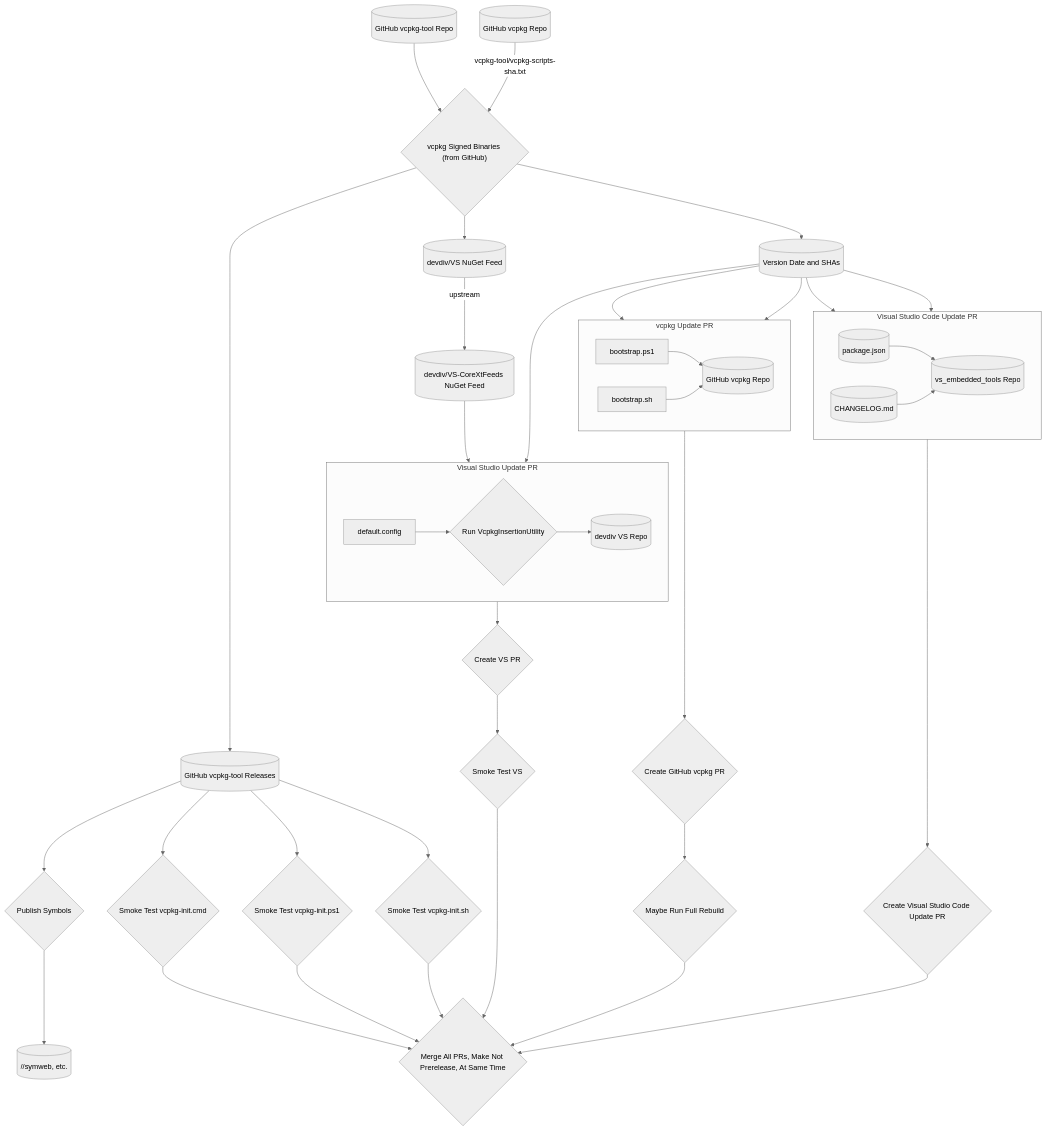
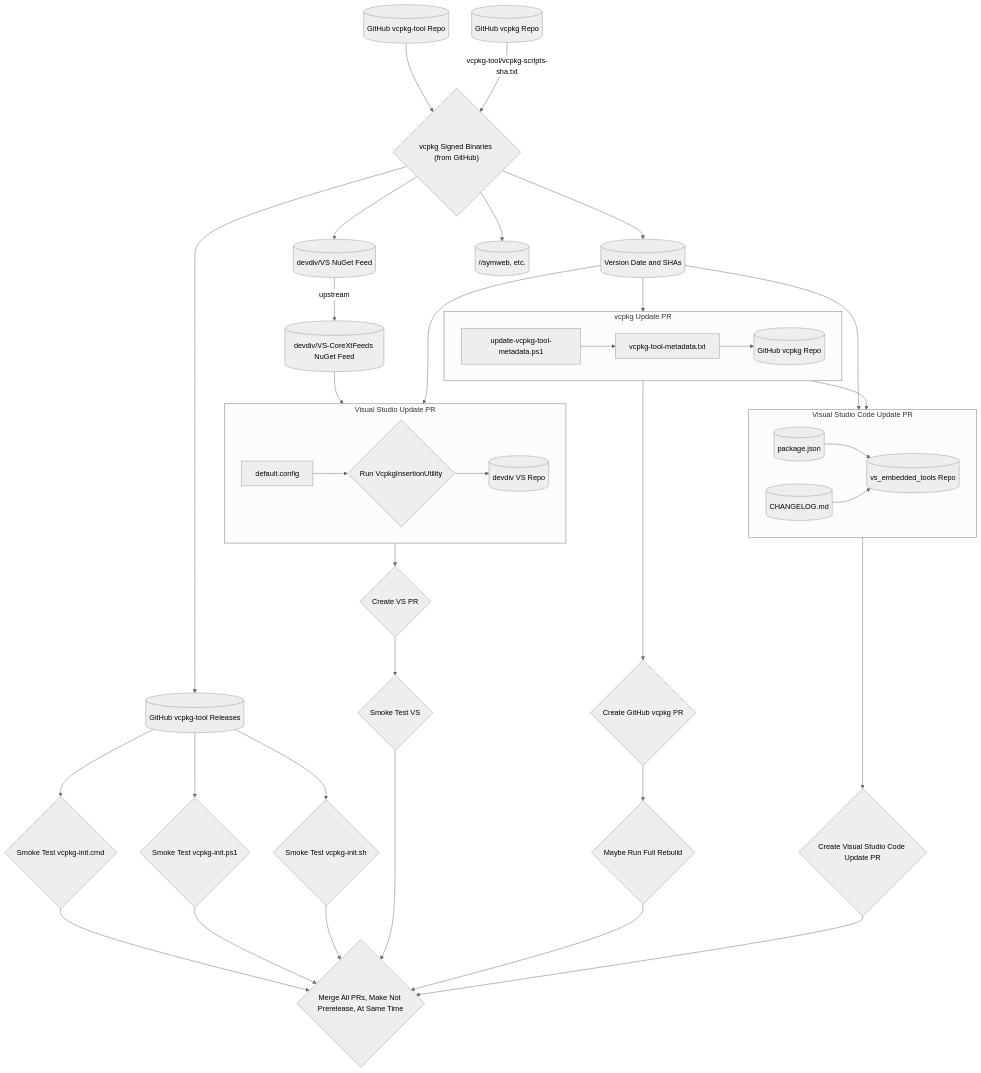
One commit to microsoft/vcpkg-tool changed the diagram in docs/vcpkg_tool_release_process.md. Above: the diagram before and after it, drawn with Mermaid (neutral theme). The commit also changed other lines of this file and 981 other files, not shown here.

```diff
--- a/docs/vcpkg_tool_release_process.md
+++ b/docs/vcpkg_tool_release_process.md
@@ -70,8 +58,8 @@
     vs_corext_feed[(devdiv/VS-CoreXtFeeds NuGet Feed)]
     subgraph vcpkg_update_pr [vcpkg Update PR]
         direction LR
-        bootstrap_ps1[bootstrap.ps1]
-        bootstrap_sh[bootstrap.sh]
+        update_vcpkg_tool_metadata_ps1[update-vcpkg-tool-metadata.ps1]
+        vcpkg_tool_metadata_txt[vcpkg-tool-metadata.txt]
         vcpkg_repo_target[(GitHub vcpkg Repo)]
     end
     create_vcpkg_pr{Create GitHub vcpkg PR}
@@ -96,7 +84,6 @@
         vs_embedded_tools_repo[(vs_embedded_tools Repo)]
     end
     create_vs_code_update_pr{Create Visual Studio Code Update PR}
-    publish_symbols{Publish Symbols}
     symweb[(//symweb, etc.)]
     
     %% Build the Release
@@ -104,14 +91,12 @@
     vcpkg_repo -- vcpkg-tool/vcpkg-scripts-sha.txt --> vcpkg_signed_binaries
     vcpkg_signed_binaries --> vcpkg_tool_releases
     vcpkg_signed_binaries --> release_version
-    vcpkg_tool_releases --> publish_symbols
-    publish_symbols --> symweb
+    vcpkg_signed_binaries --> symweb
     
     %% vcpkg Update
-    release_version --> bootstrap_ps1
-    release_version --> bootstrap_sh
-    bootstrap_ps1 --> vcpkg_repo_target
-    bootstrap_sh --> vcpkg_repo_target
+    release_version --> update_vcpkg_tool_metadata_ps1
+    update_vcpkg_tool_metadata_ps1 --> vcpkg_tool_metadata_txt
+    vcpkg_tool_metadata_txt --> vcpkg_repo_target
     vcpkg_update_pr ----> create_vcpkg_pr
     create_vcpkg_pr --> run_full_tree_rebuild
     
@@ -125,7 +110,7 @@
     vs_update_pr --> create_vs_pr
     
     %% VS Code Update
-    release_version --> package_json
+    update_vcpkg_tool_metadata_ps1 --> package_json
     release_version --> changelog_md
     package_json --> vs_embedded_tools_repo
     changelog_md --> vs_embedded_tools_repo
```
